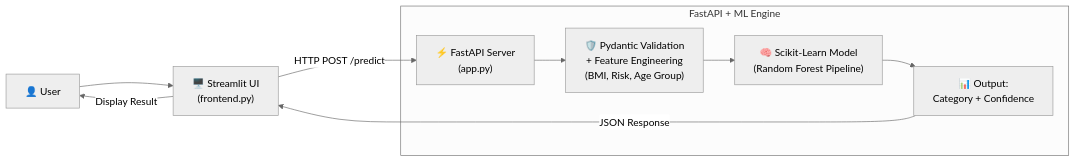
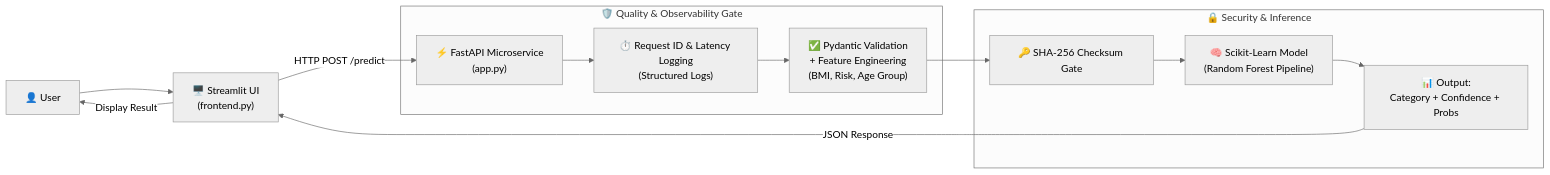
The diagram in README.md (Arjit005/Insurance-Premium-Prediction-REST-API), drawn with Mermaid (neutral theme) before and after one commit. The commit also changed other lines of this file and 12 other files, not shown here.

Commit message:
feat: complete AI Quality engineering suite with 32 tests, SHA-256 model verification, observability middleware, GitHub Actions CI, and Model Card

````diff
--- a/README.md
+++ b/README.md
@@ -15,14 +16,19 @@
 ```mermaid
 flowchart LR
     User["👤 User"] --> UI["🖥️ Streamlit UI\n(frontend.py)"]
-    UI -->|"HTTP POST /predict"| API["⚡ FastAPI Server\n(app.py)"]
+    UI -->|"HTTP POST /predict"| API["⚡ FastAPI Microservice\n(app.py)"]
     
-    subgraph Backend ["FastAPI + ML Engine"]
-        API --> Validate["🛡️ Pydantic Validation\n+ Feature Engineering\n(BMI, Risk, Age Group)"]
-        Validate --> Model["🧠 Scikit-Learn Model\n(Random Forest Pipeline)"]
-        Model --> Output["📊 Output:\nCategory + Confidence"]
+    subgraph Quality ["🛡️ Quality & Observability Gate"]
+        API --> Observability["⏱️ Request ID & Latency Logging\n(Structured Logs)"]
+        Observability --> Validate["✅ Pydantic Validation\n+ Feature Engineering\n(BMI, Risk, Age Group)"]
+    end
+
+    subgraph Security ["🔒 Security & Inference"]
+        Validate --> HashCheck["🔑 SHA-256 Checksum Gate"]
+        HashCheck --> Model["🧠 Scikit-Learn Model\n(Random Forest Pipeline)"]
+        Model --> Output["📊 Output:\nCategory + Confidence + Probs"]
     end
     
     Output -->|"JSON Response"| UI
     UI -->|"Display Result"| User
 ```
````
